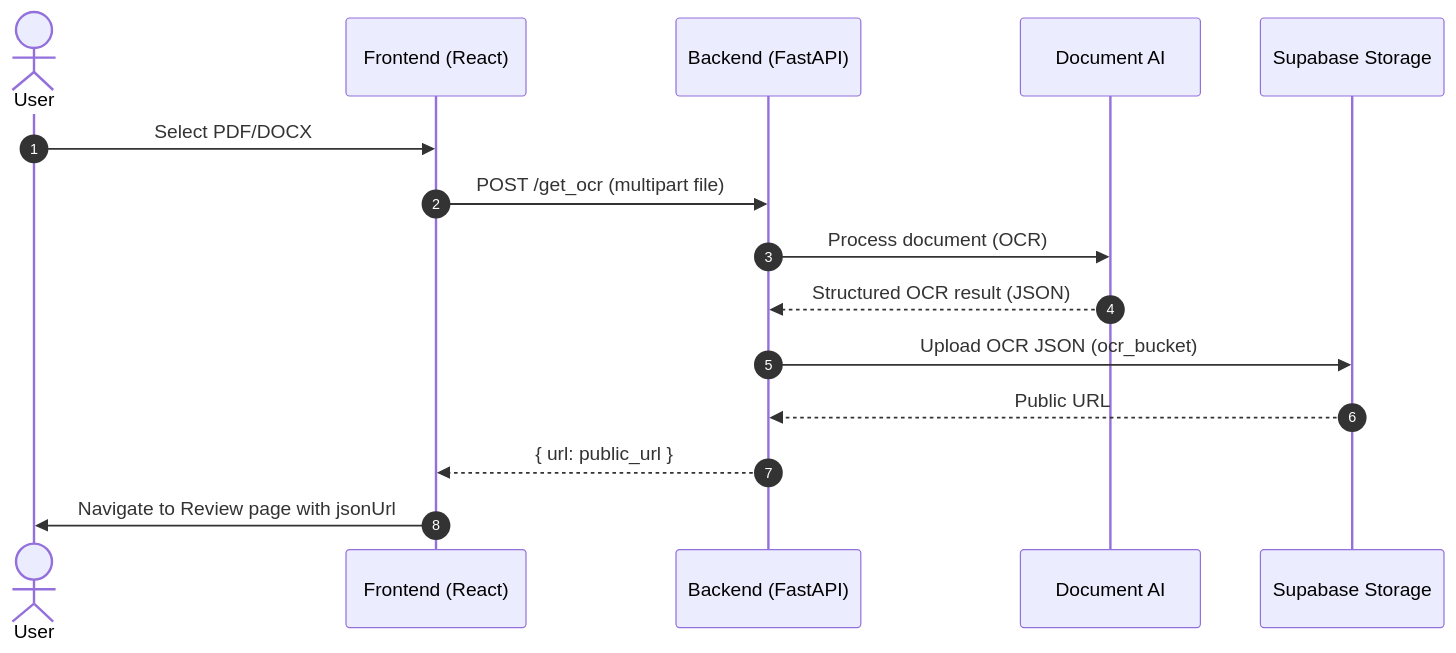
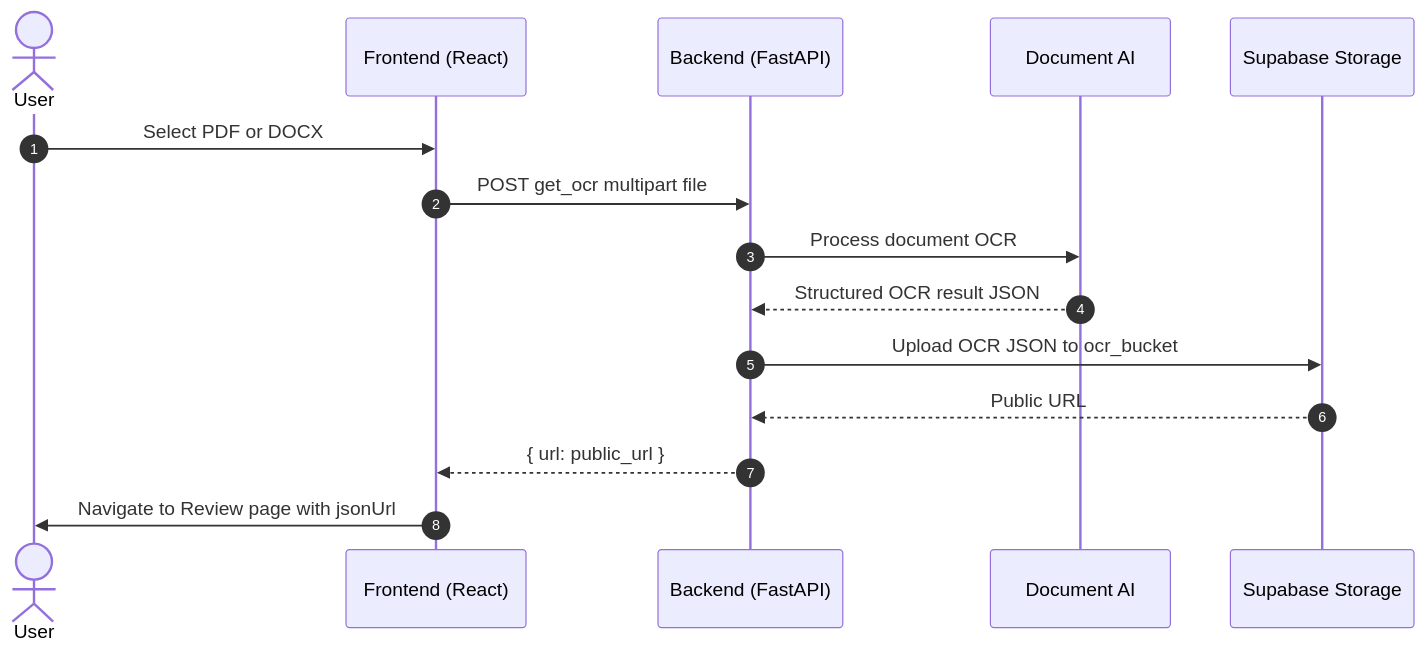
One commit to RohitYadav34980/DemystDocs.AI changed the second of 5 diagrams in docs/diagrams.md. Above: the diagram before and after it, drawn with Mermaid. The commit also changed other lines of this file, not shown here.

Commit message:
docs: Update diagrams for clarity and consistency in terminology

````diff
--- a/docs/diagrams.md
+++ b/docs/diagrams.md
@@ -40,18 +40,18 @@
 ```mermaid
 sequenceDiagram
   autonumber
   actor U as User
   participant FE as Frontend (React)
   participant BE as Backend (FastAPI)
   participant DA as Document AI
   participant SB as Supabase Storage
 
-  U->>FE: Select PDF/DOCX
-  FE->>BE: POST /get_ocr (multipart file)
-  BE->>DA: Process document (OCR)
-  DA-->>BE: Structured OCR result (JSON)
-  BE->>SB: Upload OCR JSON (ocr_bucket)
+  U->>FE: Select PDF or DOCX
+  FE->>BE: POST get_ocr multipart file
+  BE->>DA: Process document OCR
+  DA-->>BE: Structured OCR result JSON
+  BE->>SB: Upload OCR JSON to ocr_bucket
   SB-->>BE: Public URL
   BE-->>FE: { url: public_url }
   FE->>U: Navigate to Review page with jsonUrl
 ```
````
